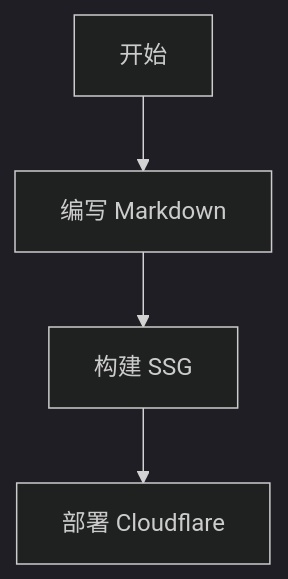
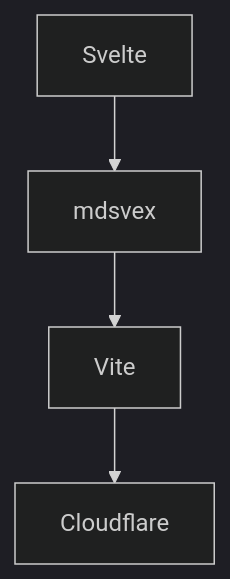
One commit to ZhiJingHub/SvelteKit-blog changed the diagram in src/content/posts/hello-world/index.md. Above: the diagram before and after it, drawn with Mermaid (dark theme). The commit also changed other lines of this file, not shown here.

First line of the commit message:
docs: 更新测试文章为 Svelte + mdsvex 版本

````diff
--- a/src/content/posts/hello-world/index.md
+++ b/src/content/posts/hello-world/index.md
@@ -329,6 +205,6 @@
 ```mermaid
 graph TD
-  A[开始] --> B[编写 Markdown]
-  B --> C[构建 SSG]
-  C --> D[部署 Cloudflare]
+  A[Svelte] --> B[mdsvex]
+  B --> C[Vite]
+  C --> D[Cloudflare]
 ```
````
